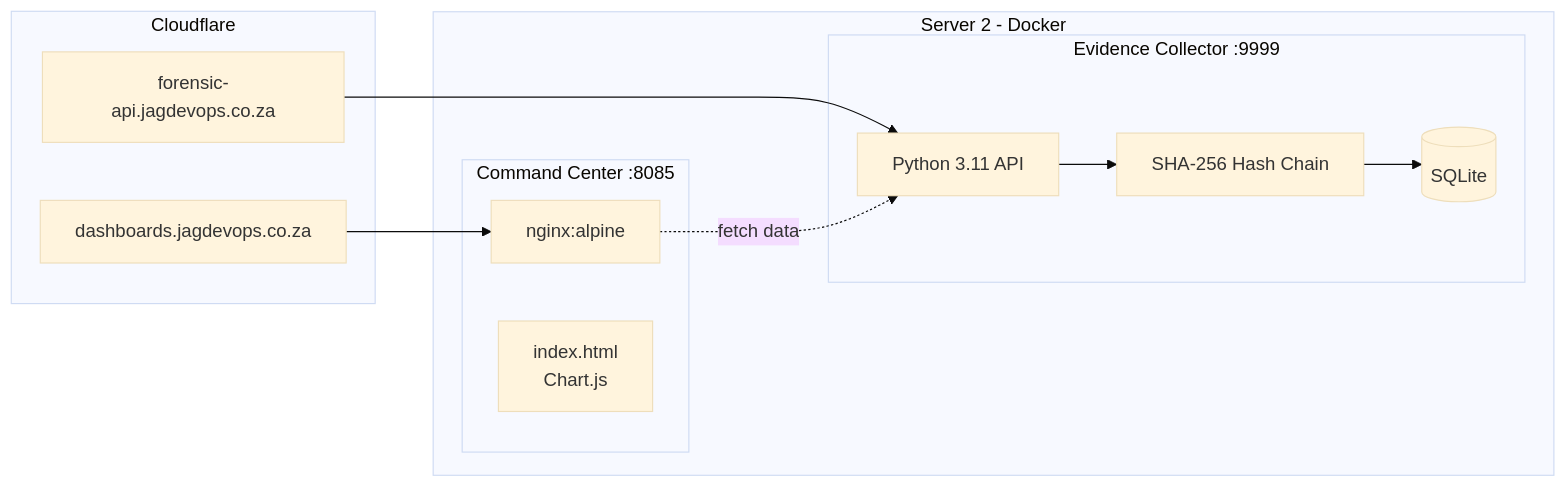
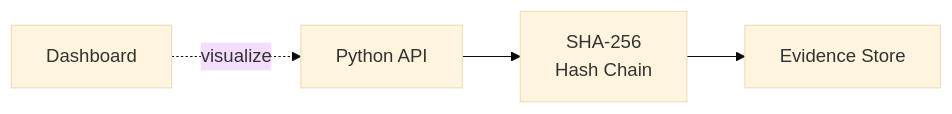
The fourth of 4 diagrams in README.md (GABRIELS562/Architecture-), drawn with Mermaid (base theme) before and after one commit. The commit also changed other lines of this file, not shown here.

First line of the commit message:
Clean architecture overview - remove sensitive details

````diff
--- a/README.md
+++ b/README.md
@@ -234,25 +116,6 @@
 ```mermaid
 flowchart LR
-    subgraph CF["Cloudflare"]
-        URL1["dashboards.jagdevops.co.za"]
-        URL2["forensic-api.jagdevops.co.za"]
-    end
-
-    subgraph S2["Server 2 - Docker"]
-        subgraph Dashboard["Command Center :8085"]
-            NGINX["nginx:alpine"]
-            HTML["index.html<br/>Chart.js"]
-        end
-
-        subgraph Collector["Evidence Collector :9999"]
-            API["Python 3.11 API"]
-            HASH["SHA-256 Hash Chain"]
-            DB[("SQLite")]
-        end
-    end
-
-    URL1 --> NGINX
-    URL2 --> API
-    NGINX -.->|fetch data| API
-    API --> HASH --> DB
+    API["Python API"] --> HASH["SHA-256<br/>Hash Chain"]
+    HASH --> DB["Evidence Store"]
+    DASH["Dashboard"] -.->|visualize| API
 ```
````
